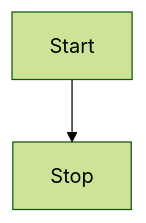
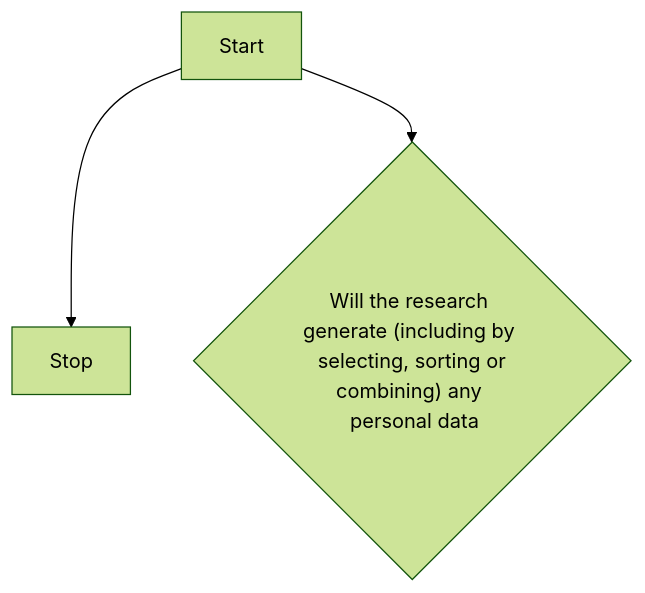
One commit to LIDA-Data-Analytics-Team/laserdocs_test changed the first of 2 diagrams in docs/mermaid/data_risk_flow.md. Above: the diagram before and after it, drawn with Mermaid (forest theme).

Commit message:
changed classification mermaid

```diff
--- a/docs/mermaid/data_risk_flow.md
+++ b/docs/mermaid/data_risk_flow.md
@@ -15,4 +15,5 @@
 <div class="mermaid">
 flowchart TD;
     Start --> Stop;
+	Start[Start] --> Generate{"Will the research generate (including by <br/> selecting, sorting or combining) any <br/> personal data"};
 </div>
```
